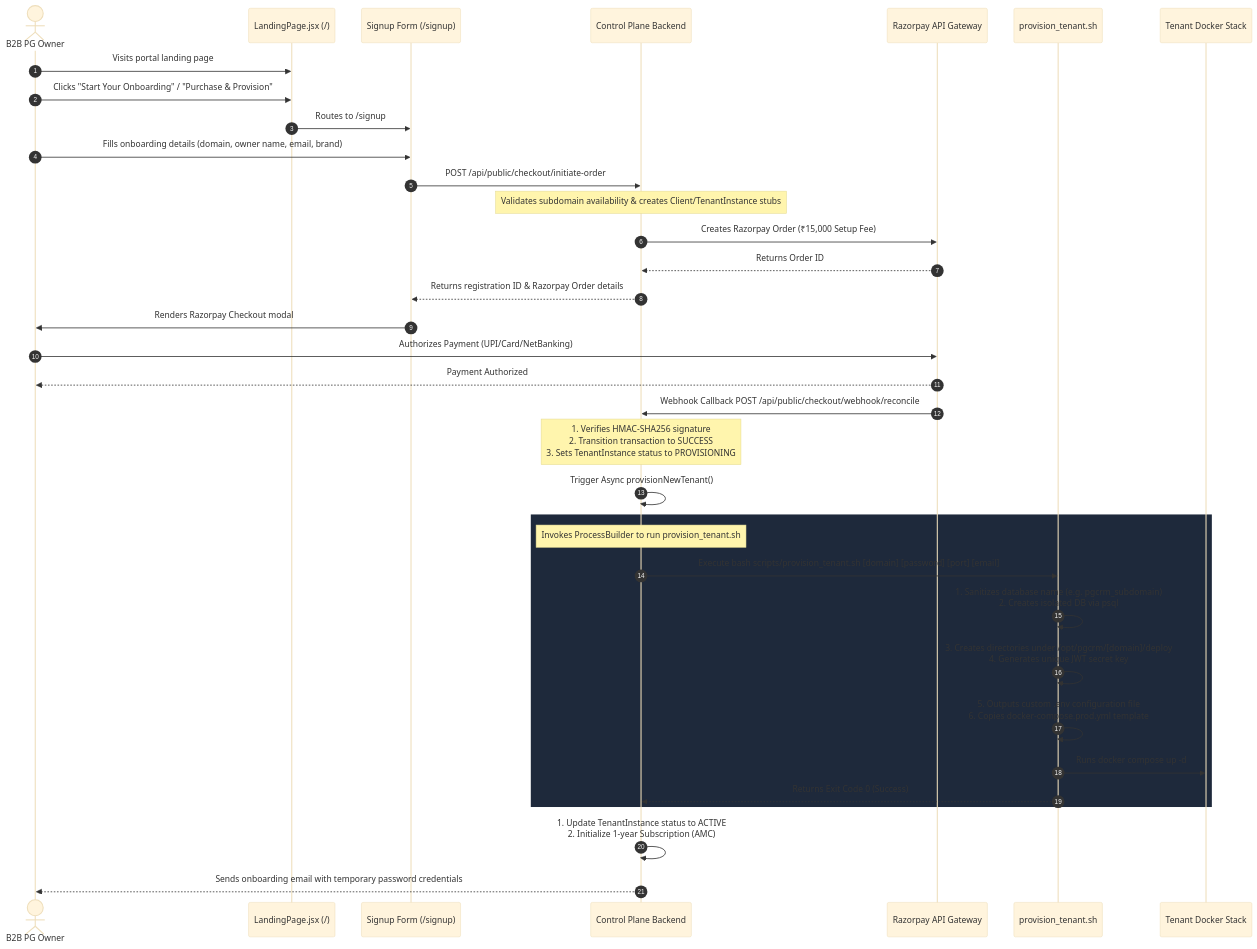
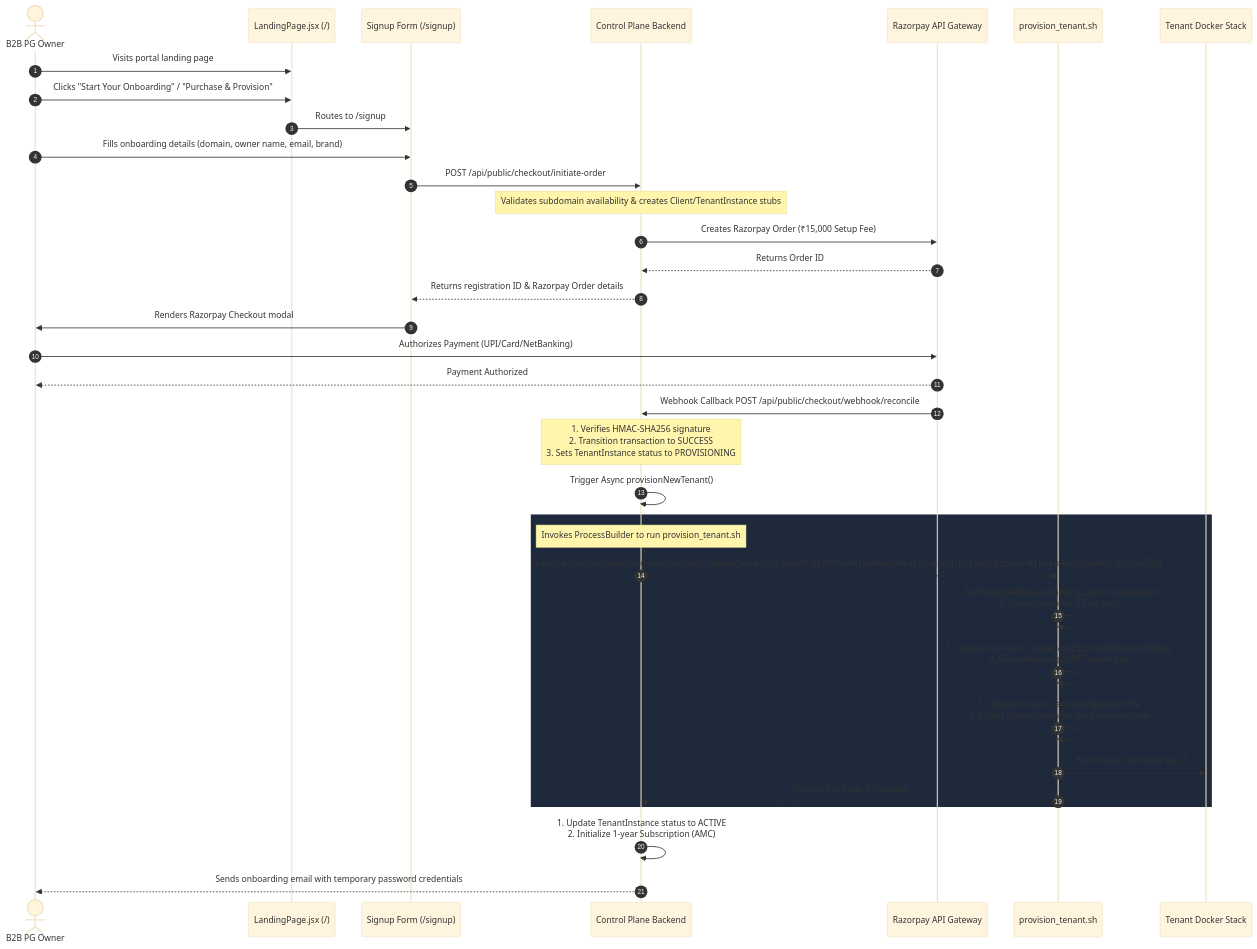
Before and after one commit to rahul-0906/PG-Project: the second of 4 diagrams in docs/architecture/ARCHITECTURE.md, drawn with Mermaid (base theme). The commit also changed other lines of this file and 17 other files, not shown here.

Commit message:
Implement multi-stage Docker containerization, custom TLD onboarding, and E2E runbook

````diff
--- a/docs/architecture/ARCHITECTURE.md
+++ b/docs/architecture/ARCHITECTURE.md
@@ -54,38 +54,38 @@
 ```mermaid
 sequenceDiagram
     autonumber
     actor Owner as B2B PG Owner
     participant Landing as LandingPage.jsx (/)
     participant SignupForm as Signup Form (/signup)
     participant Backend as Control Plane Backend
     participant Razorpay as Razorpay API Gateway
     participant Script as provision_tenant.sh
     participant TenantStack as Tenant Docker Stack
 
     Owner->>Landing: Visits portal landing page
     Owner->>Landing: Clicks "Start Your Onboarding" / "Purchase & Provision"
     Landing->>SignupForm: Routes to /signup
     Owner->>SignupForm: Fills onboarding details (domain, owner name, email, brand)
     SignupForm->>Backend: POST /api/public/checkout/initiate-order
     Note over Backend: Validates subdomain availability & creates Client/TenantInstance stubs
     Backend->>Razorpay: Creates Razorpay Order (₹15,000 Setup Fee)
     Razorpay-->>Backend: Returns Order ID
     Backend-->>SignupForm: Returns registration ID & Razorpay Order details
     SignupForm->>Owner: Renders Razorpay Checkout modal
     Owner->>Razorpay: Authorizes Payment (UPI/Card/NetBanking)
     Razorpay-->>Owner: Payment Authorized
     Razorpay->>Backend: Webhook Callback POST /api/public/checkout/webhook/reconcile
     Note over Backend: 1. Verifies HMAC-SHA256 signature<br/>2. Transition transaction to SUCCESS<br/>3. Sets TenantInstance status to PROVISIONING
     Backend->>Backend: Trigger Async provisionNewTenant()
     rect rgb(30, 41, 59)
         Note over Backend: Invokes ProcessBuilder to run provision_tenant.sh
-        Backend->>Script: Execute bash scripts/provision_tenant.sh [domain] [password] [port] [email]
+        Backend->>Script: Execute bash src/main/resources/scripts/provision_tenant.sh [tenantId] [dbPrefix] [adminEmail] [routerIp] [rzpKey] [rzpSecret] [waToken] [waKey] [customTld]
         Script->>Script: 1. Sanitizes database name (e.g. pgcrm_subdomain)<br/>2. Creates isolated DB via psql
         Script->>Script: 3. Creates directories under /opt/pgcrm/[domain]/deploy<br/>4. Generates unique JWT secret key
         Script->>Script: 5. Outputs custom .env configuration file<br/>6. Copies docker-compose.prod.yml template
         Script->>TenantStack: Runs docker compose up -d
         Script-->>Backend: Returns Exit Code 0 (Success)
     end
     Backend->>Backend: 1. Update TenantInstance status to ACTIVE<br/>2. Initialize 1-year Subscription (AMC)
     Backend-->>Owner: Sends onboarding email with temporary password credentials
 ```
````
